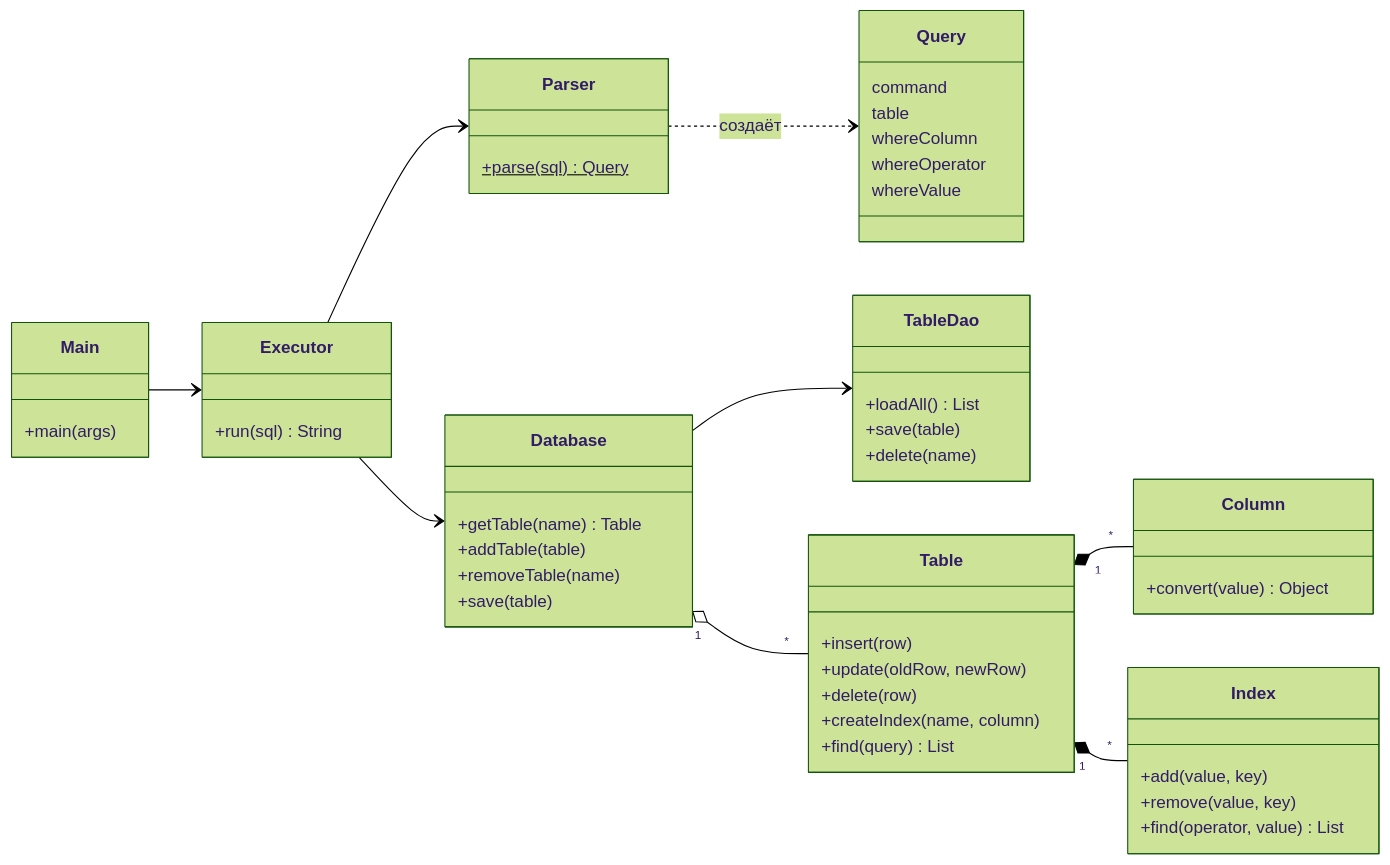
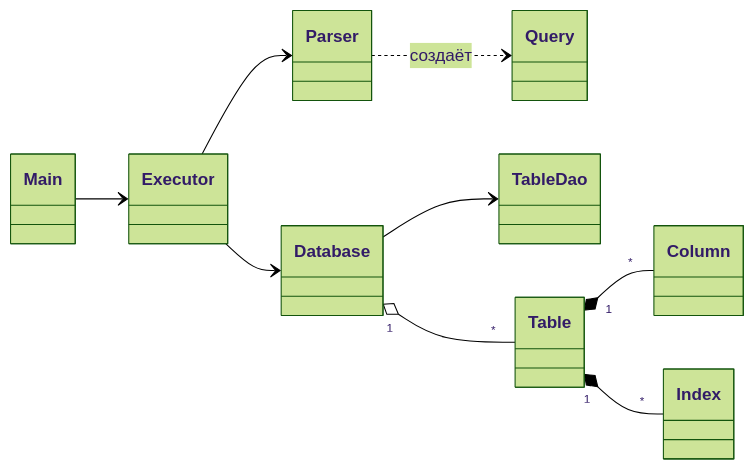
Before and after one commit to sergei0908/Java2: the first of 3 diagrams in readme.md, drawn with Mermaid (forest theme). The commit also changed other lines of this file and 7 other files, not shown here.

````diff
--- a/readme.md
+++ b/readme.md
@@ -202,55 +86,12 @@
 ```mermaid
 classDiagram
     direction LR
-    class Main {
-        +main(args)
-    }
-    class Parser {
-        +parse(sql)$ Query
-    }
-    class Query {
-        command
-        table
-        whereColumn
-        whereOperator
-        whereValue
-    }
-    class Executor {
-        +run(sql) String
-    }
-    class Database {
-        +getTable(name) Table
-        +addTable(table)
-        +removeTable(name)
-        +save(table)
-    }
-    class TableDao {
-        +loadAll() List
-        +save(table)
-        +delete(name)
-    }
-    class Table {
-        +insert(row)
-        +update(oldRow, newRow)
-        +delete(row)
-        +createIndex(name, column)
-        +find(query) List
-    }
-    class Column {
-        +convert(value) Object
-    }
-    class Index {
-        +add(value, key)
-        +remove(value, key)
-        +find(operator, value) List
-    }
-
     Main --> Executor
     Executor --> Parser
+    Parser ..> Query : создаёт
     Executor --> Database
-    Parser ..> Query : создаёт
     Database --> TableDao
     Database "1" o-- "*" Table
     Table "1" *-- "*" Column
     Table "1" *-- "*" Index
 ```
````
